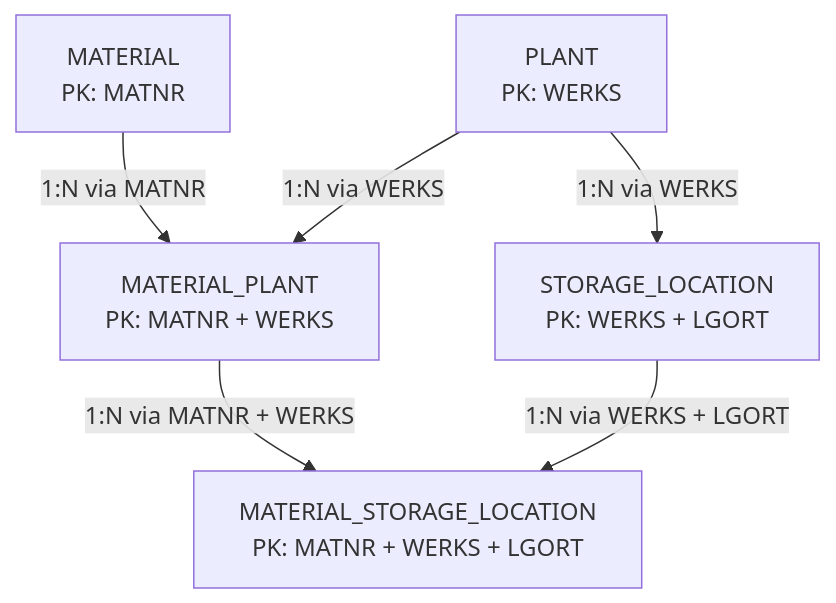
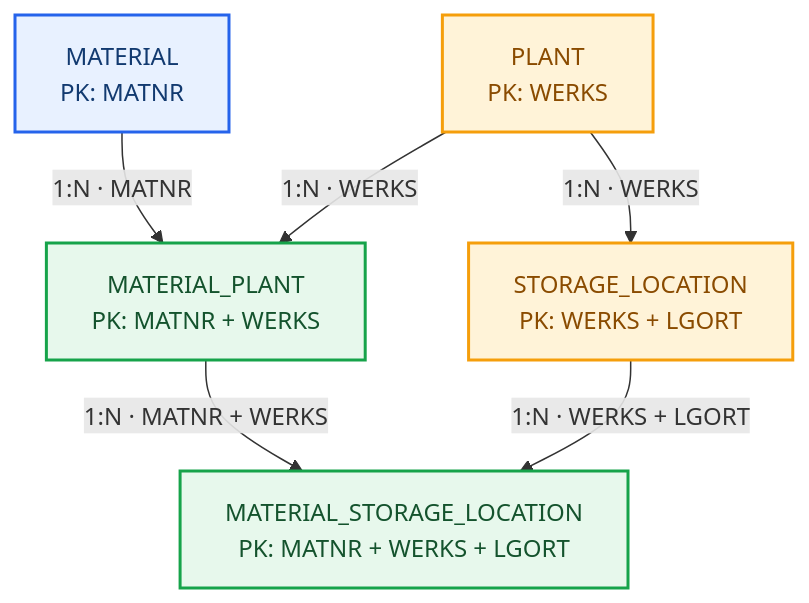
The second of 3 diagrams in Docs/A — Data & SAP-MES Master Data Foundation/BR/01-a1-fundacao-de-dados-relacionais.md (OrlandoCaetano2026/SAP_HANA_Cloud_Data_Engineering_Learning), drawn with Mermaid before and after one commit. The commit also changed other lines of this file and 1 other file, not shown here.

Commit message:
Improve A1 bilingual documentation flow and evidence integration

````diff
--- a/Docs/A — Data & SAP-MES Master Data Foundation/BR/01-a1-fundacao-de-dados-relacionais.md
+++ b/Docs/A — Data & SAP-MES Master Data Foundation/BR/01-a1-fundacao-de-dados-relacionais.md
@@ -157,14 +67,11 @@
 ```mermaid
-flowchart TD
-    M["MATERIAL<br/>PK: MATNR"]
-    P["PLANT<br/>PK: WERKS"]
-    S["STORAGE_LOCATION<br/>PK: WERKS + LGORT"]
-    MP["MATERIAL_PLANT<br/>PK: MATNR + WERKS"]
-    MSL["MATERIAL_STORAGE_LOCATION<br/>PK: MATNR + WERKS + LGORT"]
-
-    M -->|"1:N via MATNR"| MP
-    P -->|"1:N via WERKS"| MP
-    P -->|"1:N via WERKS"| S
-    MP -->|"1:N via MATNR + WERKS"| MSL
-    S -->|"1:N via WERKS + LGORT"| MSL
+flowchart TB
+    M["MATERIAL<br/>PK: MATNR"]:::master -->|"1:N · MATNR"| MP["MATERIAL_PLANT<br/>PK: MATNR + WERKS"]:::assoc
+    P["PLANT<br/>PK: WERKS"]:::org -->|"1:N · WERKS"| MP
+    P -->|"1:N · WERKS"| S["STORAGE_LOCATION<br/>PK: WERKS + LGORT"]:::org
+    MP -->|"1:N · MATNR + WERKS"| MSL["MATERIAL_STORAGE_LOCATION<br/>PK: MATNR + WERKS + LGORT"]:::assoc
+    S -->|"1:N · WERKS + LGORT"| MSL
+    classDef master fill:#E8F1FF,stroke:#2563EB,color:#123A70,stroke-width:2px;
+    classDef org fill:#FFF3D8,stroke:#F59E0B,color:#8A4B00,stroke-width:2px;
+    classDef assoc fill:#E7F8EC,stroke:#16A34A,color:#14532D,stroke-width:2px;
 ```
````
